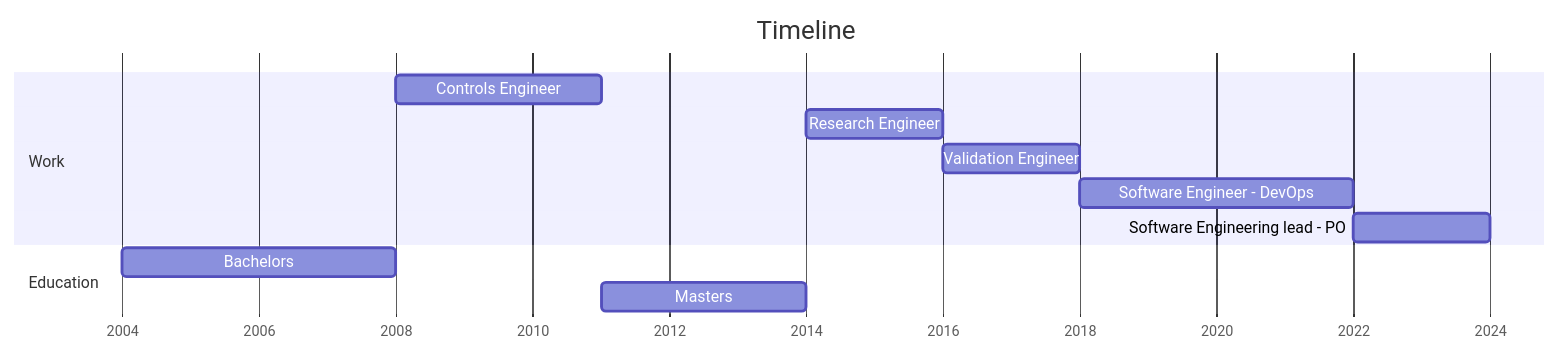
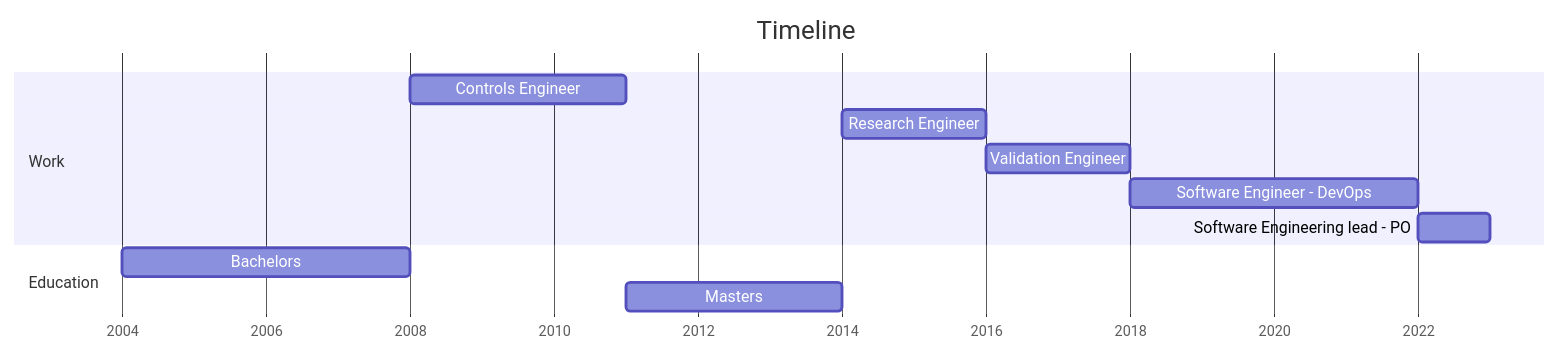
One commit to kar-ven/kar-ven.github.io changed the diagram in README.md. Above: the diagram before and after it, drawn with Mermaid. The commit also changed other lines of this file, not shown here.

Commit message:
adjust gantt and update readme

```diff
--- a/README.md
+++ b/README.md
@@ -3,15 +3,15 @@
 <pre class="mermaid">
 gantt
     title Timeline
     dateFormat YYYY
     axisFormat %Y
     section Work
     Controls Engineer                  :2008, 2011
     Research Engineer                  :2014, 2016
     Validation Engineer                :2016, 2018
     Software Engineer - DevOps         :2018, 2022
-    Software Engineering lead - PO     :2022, 2024
+    Software Engineering lead - PO     :2022, 2023
     Section Education
     Bachelors                          :2004, 2008
     Masters                            :2011, 2014
 </pre>
```
